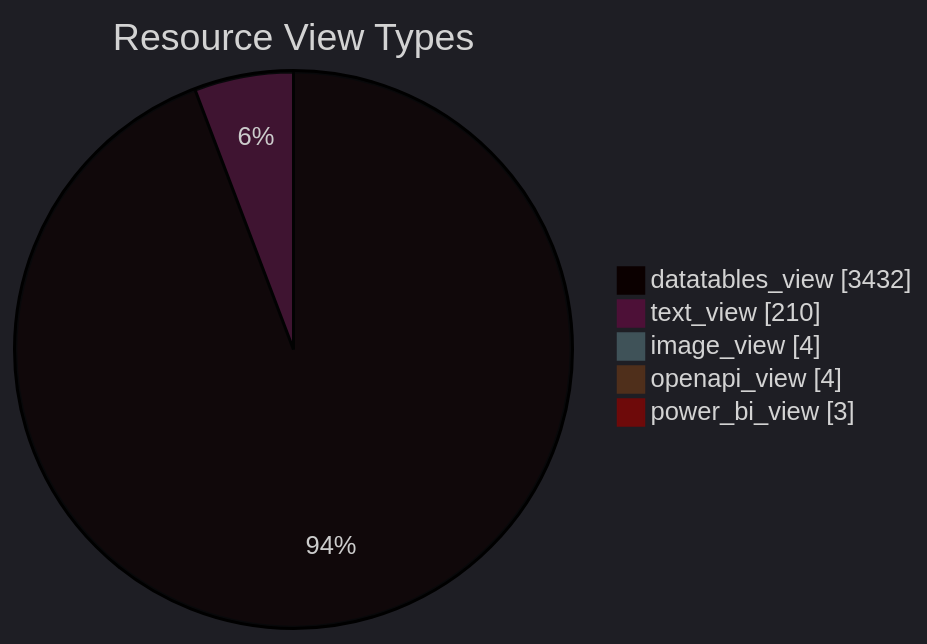
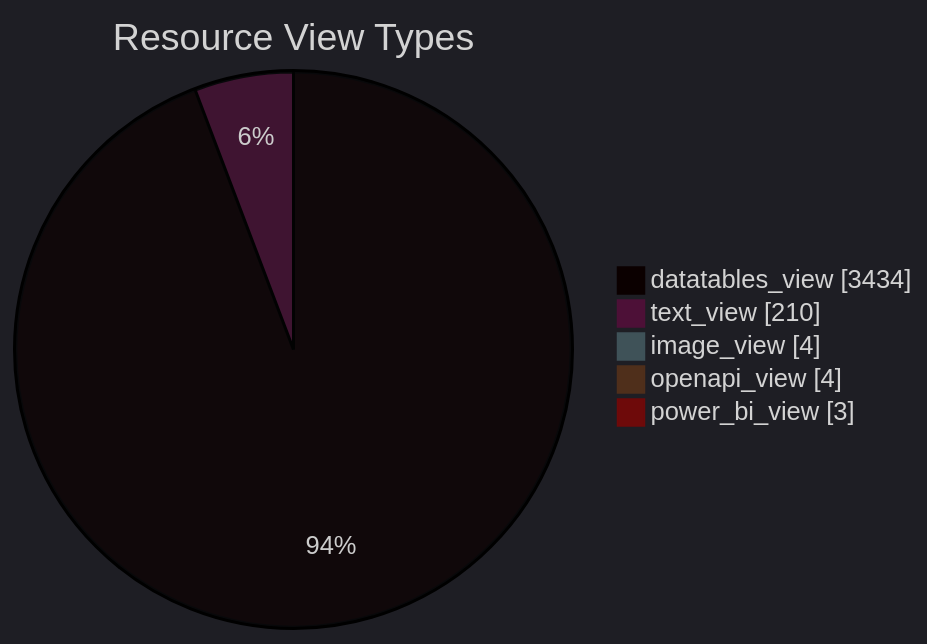
The diagram in datastore_tracker/resource_view_types_pie_chart.md (open-data/analytics-corporate-reporting), drawn with Mermaid before and after one commit. The commit also changed 9 other files, not shown here.

````diff
--- a/datastore_tracker/resource_view_types_pie_chart.md
+++ b/datastore_tracker/resource_view_types_pie_chart.md
@@ -2,12 +2,12 @@
 ```mermaid
 ---
 config:
   theme: dark
 ---
 pie showData title Resource View Types
-    "datatables_view": 3432
+    "datatables_view": 3434
     "text_view": 210
     "image_view": 4
     "openapi_view": 4
     "power_bi_view": 3
 ```
````
